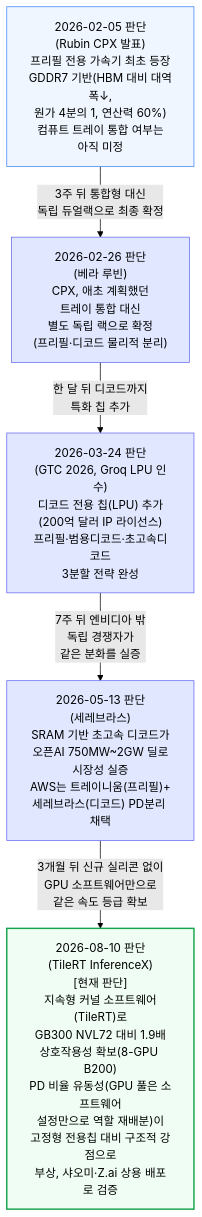
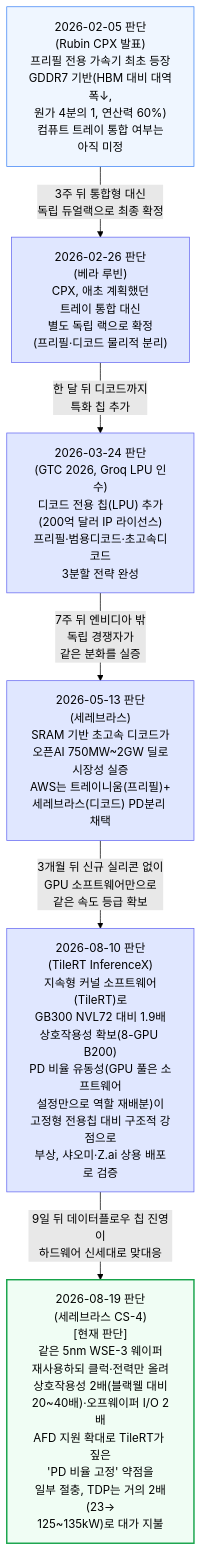
The third of 5 diagrams in 통합 리포트/카테고리별 통합 리포트/[260711] 컴퓨트 통합 리포트.md (yohan4477/semi-report), drawn with Mermaid (forest theme) before and after one commit. The commit also changed other lines of this file and 1 other file, not shown here.

````diff
--- a/통합 리포트/카테고리별 통합 리포트/[260711] 컴퓨트 통합 리포트.md
+++ b/통합 리포트/카테고리별 통합 리포트/[260711] 컴퓨트 통합 리포트.md
@@ -106,10 +107,11 @@
 ```mermaid
 flowchart TD
-    D2602c["2026-02-05 판단<br/>(Rubin CPX 발표)<br/>프리필 전용 가속기 최초 등장<br/>GDDR7 기반(HBM 대비 대역폭↓,<br/>원가 4분의 1, 연산력 60%)<br/>컴퓨트 트레이 통합 여부는<br/>아직 미정"] -->|"3주 뒤 통합형 대신<br/>독립 듀얼랙으로 최종 확정"| D2602d["2026-02-26 판단<br/>(베라 루빈)<br/>CPX, 애초 계획했던<br/>트레이 통합 대신<br/>별도 독립 랙으로 확정<br/>(프리필·디코드 물리적 분리)"] -->|"한 달 뒤 디코드까지<br/>특화 칩 추가"| D2603b["2026-03-24 판단<br/>(GTC 2026, Groq LPU 인수)<br/>디코드 전용 칩(LPU) 추가<br/>(200억 달러 IP 라이선스)<br/>프리필·범용디코드·초고속디코드<br/>3분할 전략 완성"] -->|"7주 뒤 엔비디아 밖<br/>독립 경쟁자가<br/>같은 분화를 실증"| D2605["2026-05-13 판단<br/>(세레브라스)<br/>SRAM 기반 초고속 디코드가<br/>오픈AI 750MW~2GW 딜로<br/>시장성 실증<br/>AWS는 트레이니움(프리필)+<br/>세레브라스(디코드) PD분리 채택"] -->|"3개월 뒤 신규 실리콘 없이<br/>GPU 소프트웨어만으로<br/>같은 속도 등급 확보"| D2608["2026-08-10 판단<br/>(TileRT InferenceX)<br/>[현재 판단]<br/>지속형 커널 소프트웨어(TileRT)로<br/>GB300 NVL72 대비 1.9배<br/>상호작용성 확보(8-GPU B200)<br/>PD 비율 유동성(GPU 풀은 소프트웨어<br/>설정만으로 역할 재배분)이<br/>고정형 전용칩 대비 구조적 강점으로<br/>부상, 샤오미·Z.ai 상용 배포로 검증"]
+    D2602c["2026-02-05 판단<br/>(Rubin CPX 발표)<br/>프리필 전용 가속기 최초 등장<br/>GDDR7 기반(HBM 대비 대역폭↓,<br/>원가 4분의 1, 연산력 60%)<br/>컴퓨트 트레이 통합 여부는<br/>아직 미정"] -->|"3주 뒤 통합형 대신<br/>독립 듀얼랙으로 최종 확정"| D2602d["2026-02-26 판단<br/>(베라 루빈)<br/>CPX, 애초 계획했던<br/>트레이 통합 대신<br/>별도 독립 랙으로 확정<br/>(프리필·디코드 물리적 분리)"] -->|"한 달 뒤 디코드까지<br/>특화 칩 추가"| D2603b["2026-03-24 판단<br/>(GTC 2026, Groq LPU 인수)<br/>디코드 전용 칩(LPU) 추가<br/>(200억 달러 IP 라이선스)<br/>프리필·범용디코드·초고속디코드<br/>3분할 전략 완성"] -->|"7주 뒤 엔비디아 밖<br/>독립 경쟁자가<br/>같은 분화를 실증"| D2605["2026-05-13 판단<br/>(세레브라스)<br/>SRAM 기반 초고속 디코드가<br/>오픈AI 750MW~2GW 딜로<br/>시장성 실증<br/>AWS는 트레이니움(프리필)+<br/>세레브라스(디코드) PD분리 채택"] -->|"3개월 뒤 신규 실리콘 없이<br/>GPU 소프트웨어만으로<br/>같은 속도 등급 확보"| D2608["2026-08-10 판단<br/>(TileRT InferenceX)<br/>지속형 커널 소프트웨어(TileRT)로<br/>GB300 NVL72 대비 1.9배<br/>상호작용성 확보(8-GPU B200)<br/>PD 비율 유동성(GPU 풀은 소프트웨어<br/>설정만으로 역할 재배분)이<br/>고정형 전용칩 대비 구조적 강점으로<br/>부상, 샤오미·Z.ai 상용 배포로 검증"] -->|"9일 뒤 데이터플로우 칩 진영이<br/>하드웨어 신세대로 맞대응"| D2608b["2026-08-19 판단<br/>(세레브라스 CS-4)<br/>[현재 판단]<br/>같은 5nm WSE-3 웨이퍼<br/>재사용하되 클럭·전력만 올려<br/>상호작용성 2배(블랙웰 대비<br/>20~40배)·오프웨이퍼 I/O 2배<br/>AFD 지원 확대로 TileRT가 짚은<br/>'PD 비율 고정' 약점을<br/>일부 절충, TDP는 거의 2배(23→<br/>125~135kW)로 대가 지불"]
 
     style D2602c fill:#eff6ff,stroke:#3b82f6
     style D2602d fill:#e0e7ff,stroke:#6366f1
     style D2603b fill:#e0e7ff,stroke:#6366f1
     style D2605 fill:#e0e7ff,stroke:#6366f1
-    style D2608 fill:#f0fdf4,stroke:#16a34a,stroke-width:2px
+    style D2608 fill:#e0e7ff,stroke:#6366f1
+    style D2608b fill:#f0fdf4,stroke:#16a34a,stroke-width:2px
 ```
````
